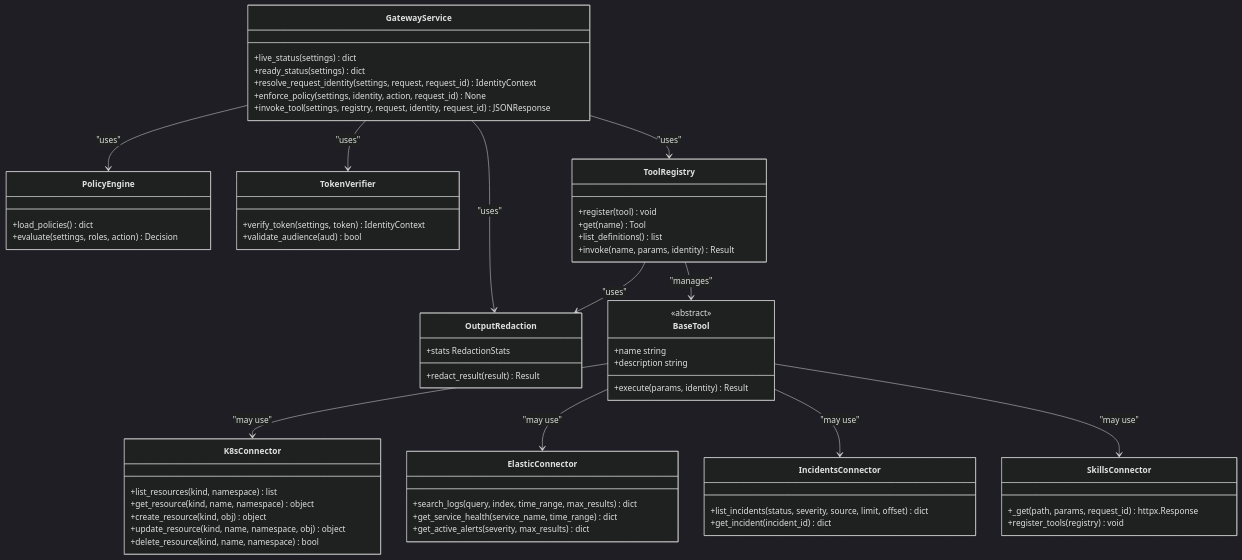
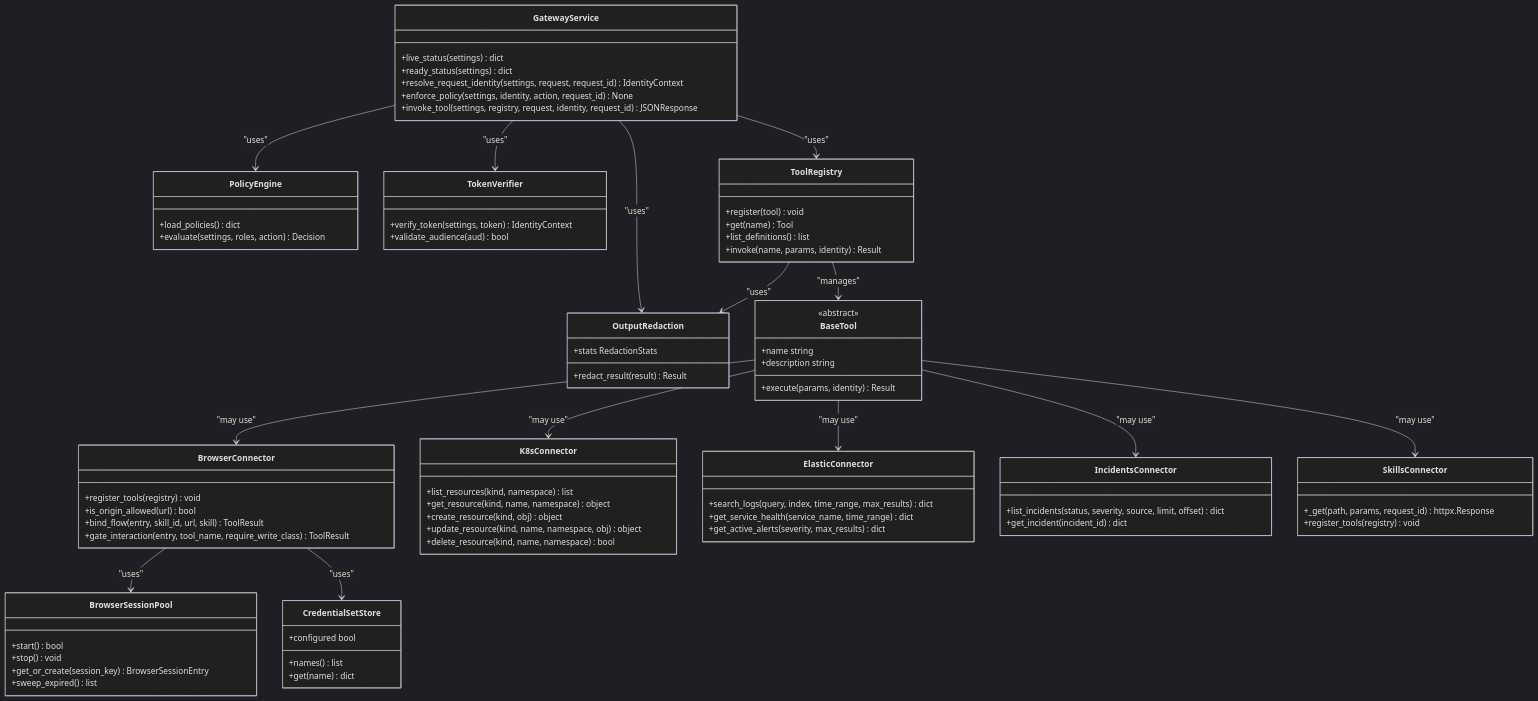
The fourth of 14 diagrams in .qoder/repowiki/en/content/Tool Gateway Service/Tool Gateway Service.md (metasync/luban-aiops), drawn with Mermaid (dark theme) before and after one commit. The commit also changed other lines of this file and 6 other files, not shown here.

````diff
--- a/.qoder/repowiki/en/content/Tool Gateway Service/Tool Gateway Service.md
+++ b/.qoder/repowiki/en/content/Tool Gateway Service/Tool Gateway Service.md
@@ -350,6 +378,23 @@
 +description string
 +execute(params, identity) Result
 }
+class BrowserConnector {
++register_tools(registry) void
++is_origin_allowed(url) bool
++bind_flow(entry, skill_id, url, skill) ToolResult
++gate_interaction(entry, tool_name, require_write_class) ToolResult
+}
+class BrowserSessionPool {
++start() bool
++stop() void
++get_or_create(session_key) BrowserSessionEntry
++sweep_expired() list
+}
+class CredentialSetStore {
++configured bool
++names() list
++get(name) dict
+}
 class K8sConnector {
 +list_resources(kind, namespace) list
 +get_resource(kind, name, namespace) object
@@ -376,8 +421,11 @@
 GatewayService --> OutputRedaction : "uses"
 ToolRegistry --> BaseTool : "manages"
 ToolRegistry --> OutputRedaction : "uses"
+BaseTool --> BrowserConnector : "may use"
 BaseTool --> K8sConnector : "may use"
 BaseTool --> ElasticConnector : "may use"
 BaseTool --> IncidentsConnector : "may use"
 BaseTool --> SkillsConnector : "may use"
+BrowserConnector --> BrowserSessionPool : "uses"
+BrowserConnector --> CredentialSetStore : "uses"
 ```
````
